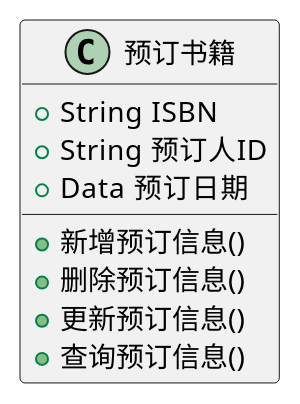
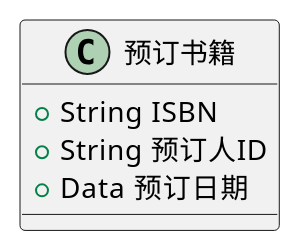
The diagram in test3/1.wsd (wenyuntian/is_analysis), drawn with PlantUML before and after one commit. The commit also changed 14 other files, not shown here.

```diff
--- a/test3/1.wsd
+++ b/test3/1.wsd
@@ -1,11 +1,7 @@
 @startuml
 class 预订书籍{
     +String  ISBN
     +String  预订人ID
     +Data  预订日期
-    +新增预订信息()
-    +删除预订信息()
-    +更新预订信息()
-    +查询预订信息()
 }
 @enduml
```
